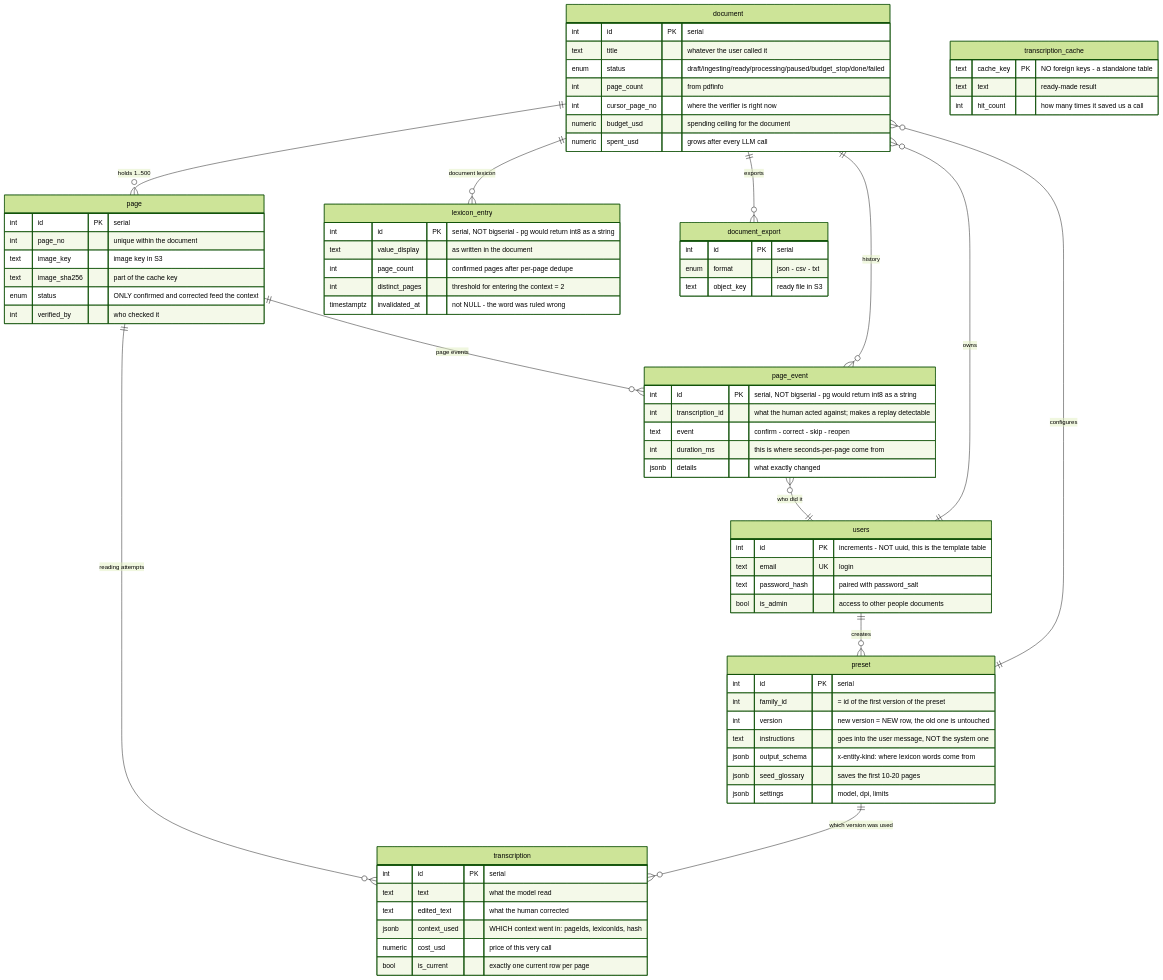
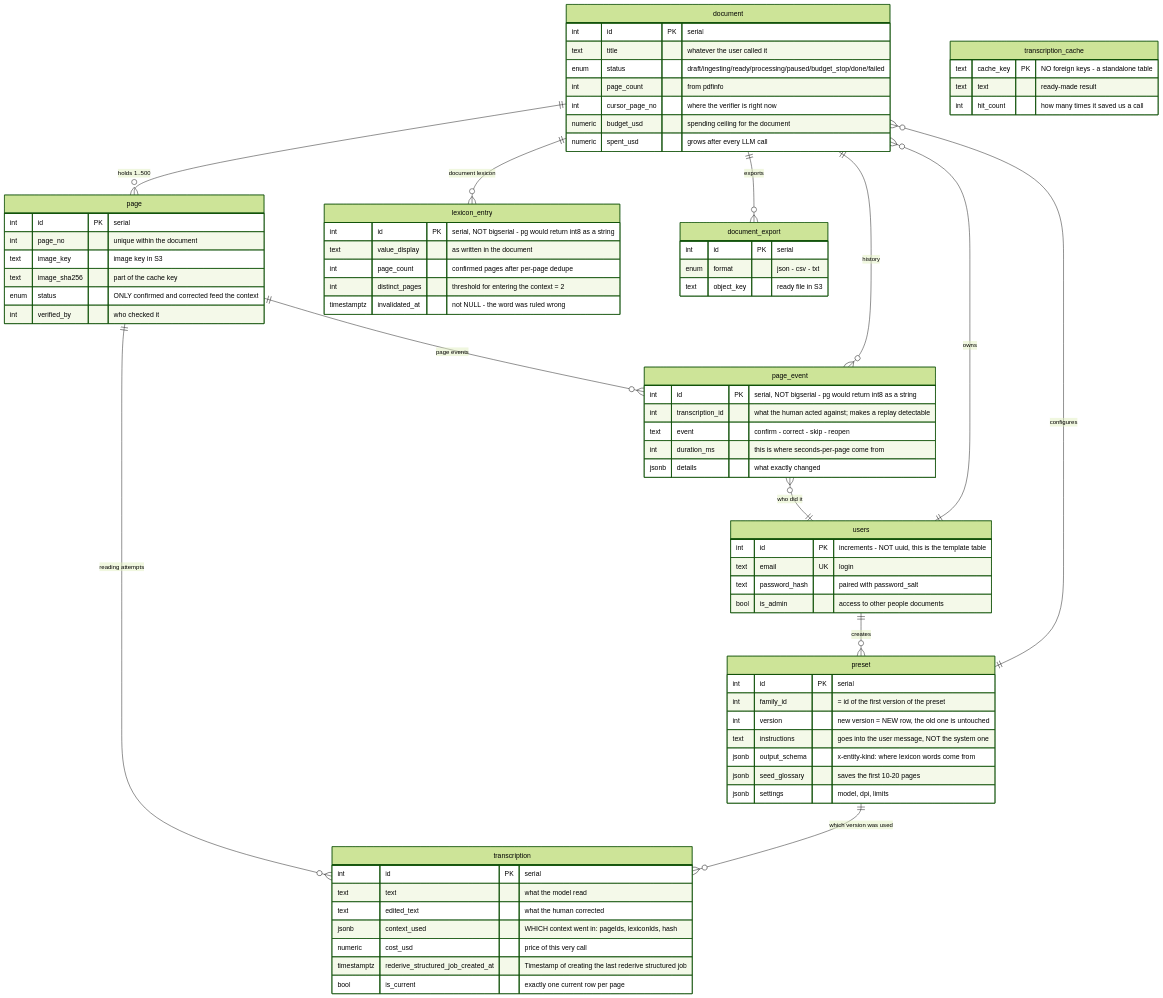
One commit to BinaryStudioAcademy/bsa-2026-transcripta changed the diagram in docs/diagrams/06-database.mmd. Above: the diagram before and after it, drawn with Mermaid (forest theme). The commit also changed 1 other file, not shown here.

```diff
--- a/docs/diagrams/06-database.mmd
+++ b/docs/diagrams/06-database.mmd
@@ -1,90 +1,91 @@
 %% Database schema - 9 tables
 %% document sits in the centre. Pages, lexicon and exports grow out of it.
 %% Full DDL with comments: ../schema/schema.sql
 
 erDiagram
     document ||--o{ page : "holds 1..500"
     page ||--o{ transcription : "reading attempts"
     document ||--o{ lexicon_entry : "document lexicon"
     document ||--o{ document_export : "exports"
     page ||--o{ page_event : "page events"
     document ||--o{ page_event : "history"
     preset ||--o{ document : "configures"
     preset ||--o{ transcription : "which version was used"
     users ||--o{ document : "owns"
     users ||--o{ preset : "creates"
     page_event }o--|| users : "who did it"
 
 
     users {
         int id PK "increments - NOT uuid, this is the template table"
         text email UK "login"
         text password_hash "paired with password_salt"
         bool is_admin "access to other people documents"
     }
 
     preset {
         int id PK "serial"
         int family_id "= id of the first version of the preset"
         int version "new version = NEW row, the old one is untouched"
         text instructions "goes into the user message, NOT the system one"
         jsonb output_schema "x-entity-kind: where lexicon words come from"
         jsonb seed_glossary "saves the first 10-20 pages"
         jsonb settings "model, dpi, limits"
     }
 
     document {
         int id PK "serial"
         text title "whatever the user called it"
         enum status "draft/ingesting/ready/processing/paused/budget_stop/done/failed"
         int page_count "from pdfinfo"
         int cursor_page_no "where the verifier is right now"
         numeric budget_usd "spending ceiling for the document"
         numeric spent_usd "grows after every LLM call"
     }
 
     page {
         int id PK "serial"
         int page_no "unique within the document"
         text image_key "image key in S3"
         text image_sha256 "part of the cache key"
         enum status "ONLY confirmed and corrected feed the context"
         int verified_by "who checked it"
     }
 
     transcription {
         int id PK "serial"
         text text "what the model read"
         text edited_text "what the human corrected"
         jsonb context_used "WHICH context went in: pageIds, lexiconIds, hash"
         numeric cost_usd "price of this very call"
+        timestamptz rederive_structured_job_created_at "Timestamp of creating the last rederive structured job"
         bool is_current "exactly one current row per page"
     }
 
     lexicon_entry {
         int id PK "serial, NOT bigserial - pg would return int8 as a string"
         text value_display "as written in the document"
         int page_count "confirmed pages after per-page dedupe"
         int distinct_pages "threshold for entering the context = 2"
         timestamptz invalidated_at "not NULL - the word was ruled wrong"
     }
 
     page_event {
         int id PK "serial, NOT bigserial - pg would return int8 as a string"
         int transcription_id "what the human acted against; makes a replay detectable"
         text event "confirm - correct - skip - reopen"
         int duration_ms "this is where seconds-per-page come from"
         jsonb details "what exactly changed"
     }
 
     transcription_cache {
         text cache_key PK "NO foreign keys - a standalone table"
         text text "ready-made result"
         int hit_count "how many times it saved us a call"
     }
 
     document_export {
         int id PK "serial"
         enum format "json - csv - txt"
         text object_key "ready file in S3"
     }
```
